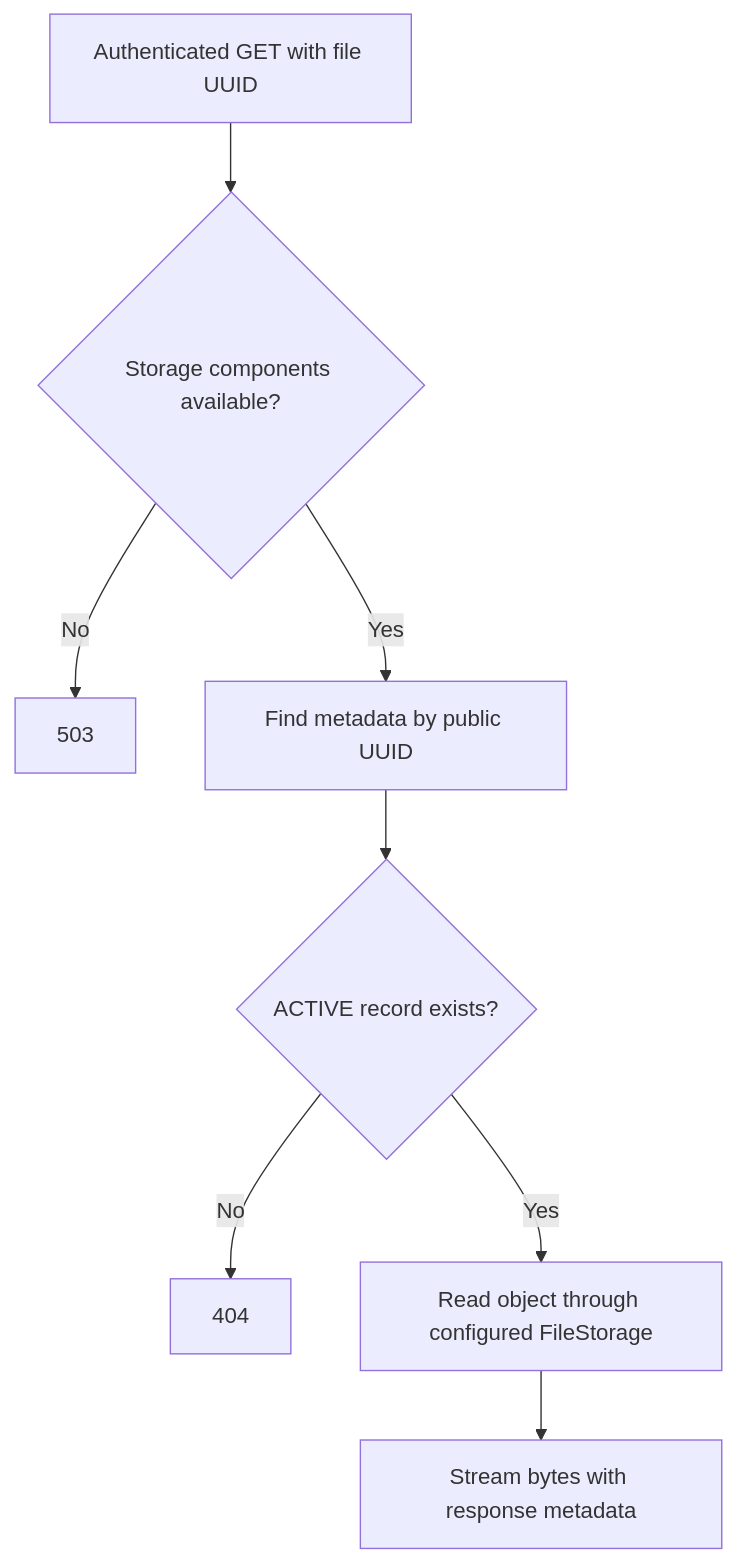
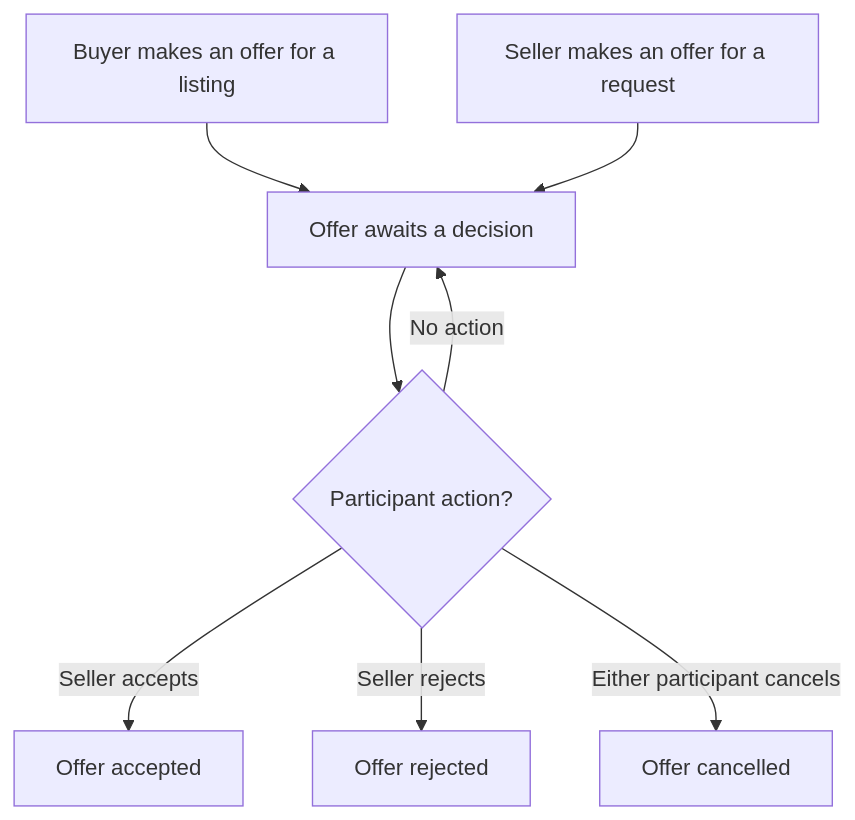
The sixth of 12 diagrams in docs/workflows.md (younessFathi/auto-parto), drawn with Mermaid before and after one commit. The commit also changed other lines of this file and 2 other files, not shown here.

Commit message:
docs: lead with functional buyer and seller journeys

````diff
--- a/docs/workflows.md
+++ b/docs/workflows.md
@@ -342,10 +133,10 @@
 ```mermaid
 flowchart TD
-    GET["Authenticated GET with file UUID"] --> COMPONENTS{"Storage components available?"}
-    COMPONENTS -->|No| UNAVAILABLE["503"]
-    COMPONENTS -->|Yes| LOOKUP["Find metadata by public UUID"]
-    LOOKUP --> ACTIVE{"ACTIVE record exists?"}
-    ACTIVE -->|No| MISSING["404"]
-    ACTIVE -->|Yes| STORE["Read object through configured FileStorage"]
-    STORE --> STREAM["Stream bytes with response metadata"]
+    A["Buyer makes an offer for a listing"] --> C["Offer awaits a decision"]
+    B["Seller makes an offer for a request"] --> C
+    C --> D{"Participant action?"}
+    D -->|Seller accepts| E["Offer accepted"]
+    D -->|Seller rejects| F["Offer rejected"]
+    D -->|Either participant cancels| G["Offer cancelled"]
+    D -->|No action| C
 ```
````
